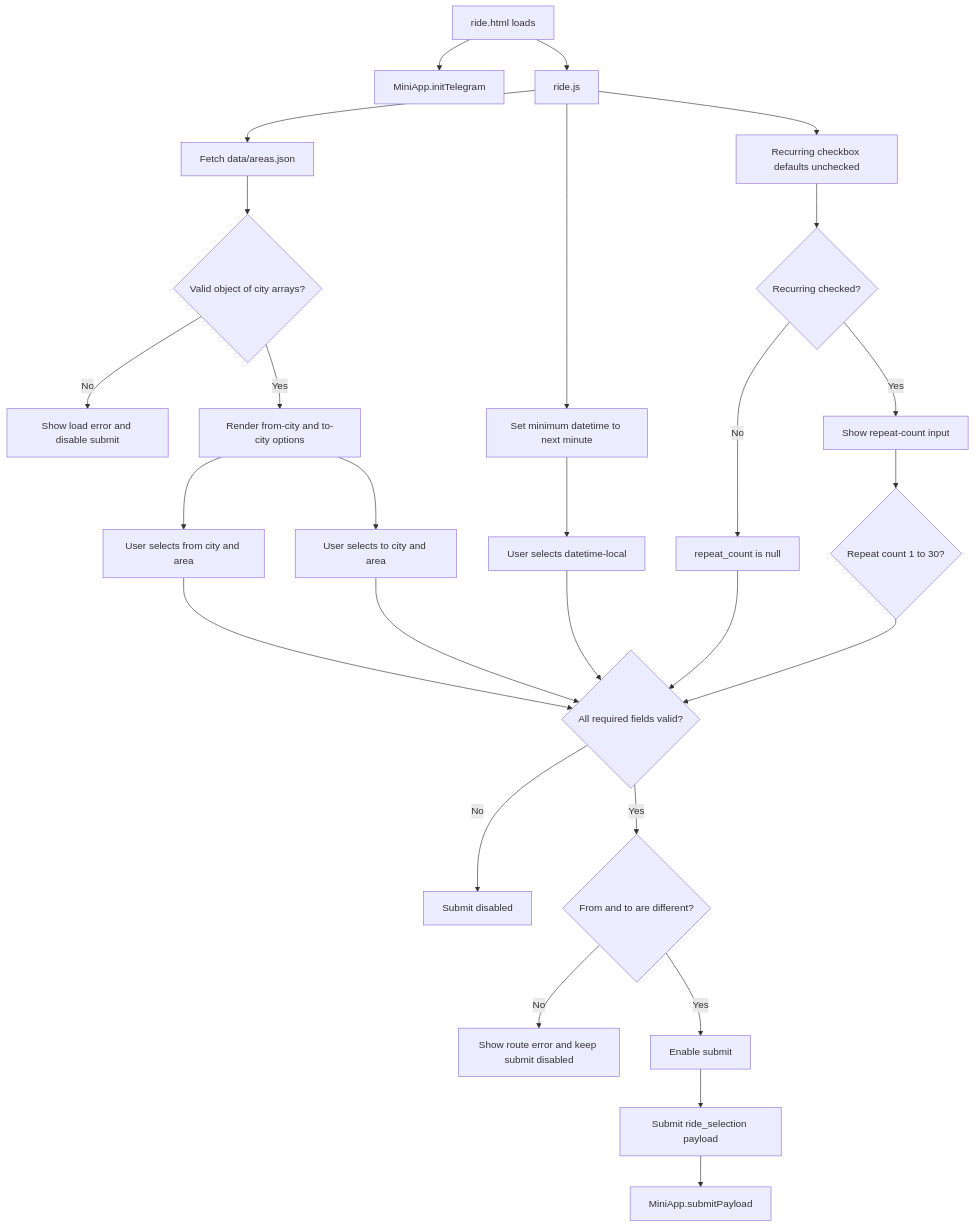
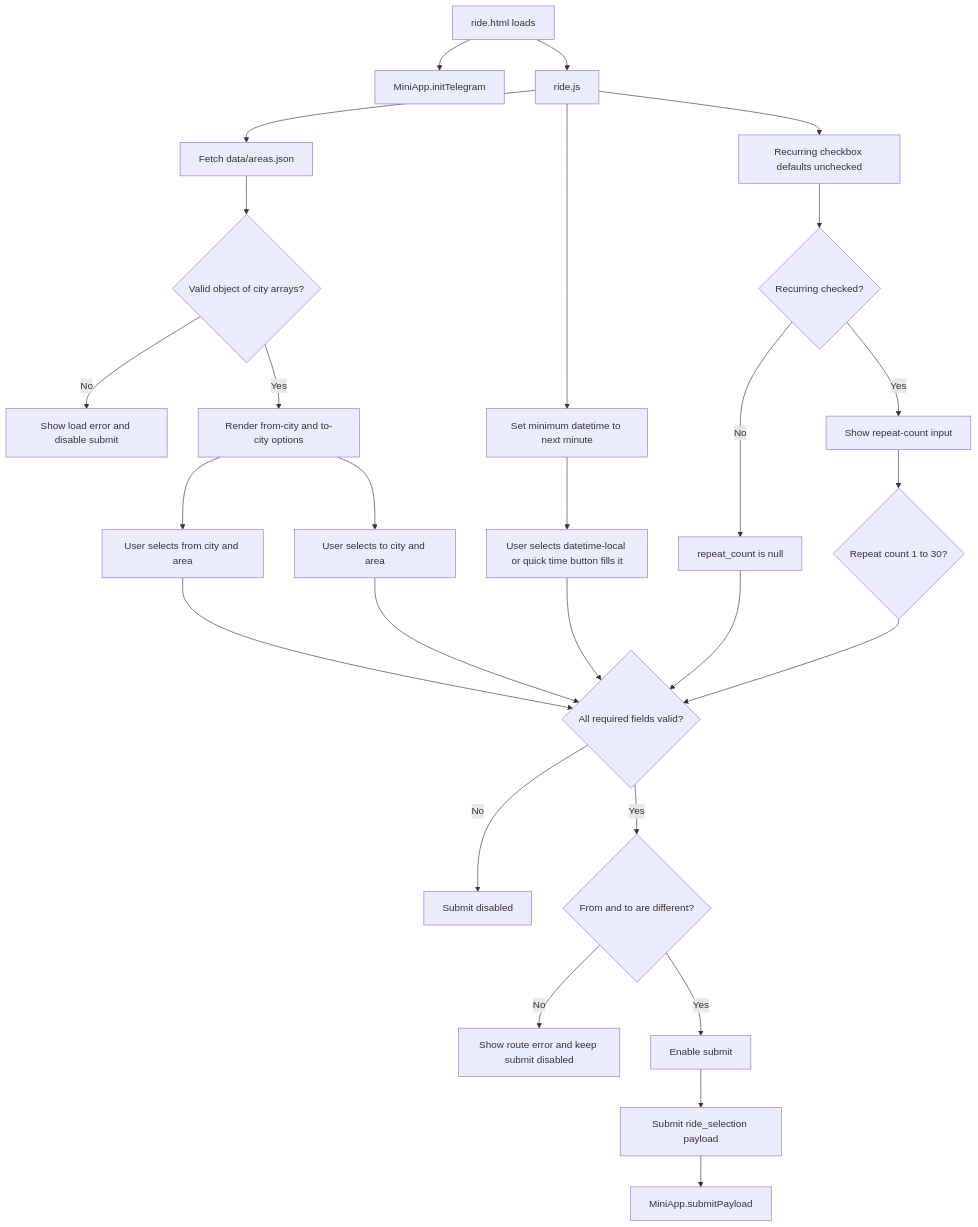
The diagram in docs/diagrams/07-ride-selection-page-flow.md (abdalrahmanmmalkhateeb/OnYourWay_AbdKh_Bot_MiniApp_Development), drawn with Mermaid before and after one commit. The commit also changed other lines of this file and 8 other files, not shown here.

Commit message:
Quick & Simple Time Selection

````diff
--- a/docs/diagrams/07-ride-selection-page-flow.md
+++ b/docs/diagrams/07-ride-selection-page-flow.md
@@ -7,29 +7,29 @@
 ```mermaid
 flowchart TD
   A["ride.html loads"] --> B["MiniApp.initTelegram"]
   A --> C["ride.js"]
   C --> D["Fetch data/areas.json"]
   D --> E{"Valid object of city arrays?"}
   E -->|No| F["Show load error and disable submit"]
   E -->|Yes| G["Render from-city and to-city options"]
   G --> H["User selects from city and area"]
   G --> I["User selects to city and area"]
   C --> J["Set minimum datetime to next minute"]
-  J --> K["User selects datetime-local"]
+  J --> K["User selects datetime-local or quick time button fills it"]
   C --> L["Recurring checkbox defaults unchecked"]
   L --> M{"Recurring checked?"}
   M -->|No| N["repeat_count is null"]
   M -->|Yes| O["Show repeat-count input"]
   O --> P{"Repeat count 1 to 30?"}
   H --> Q{"All required fields valid?"}
   I --> Q
   K --> Q
   N --> Q
   P --> Q
   Q -->|No| R["Submit disabled"]
   Q -->|Yes| S{"From and to are different?"}
   S -->|No| T["Show route error and keep submit disabled"]
   S -->|Yes| U["Enable submit"]
   U --> V["Submit ride_selection payload"]
   V --> W["MiniApp.submitPayload"]
 ```
````
